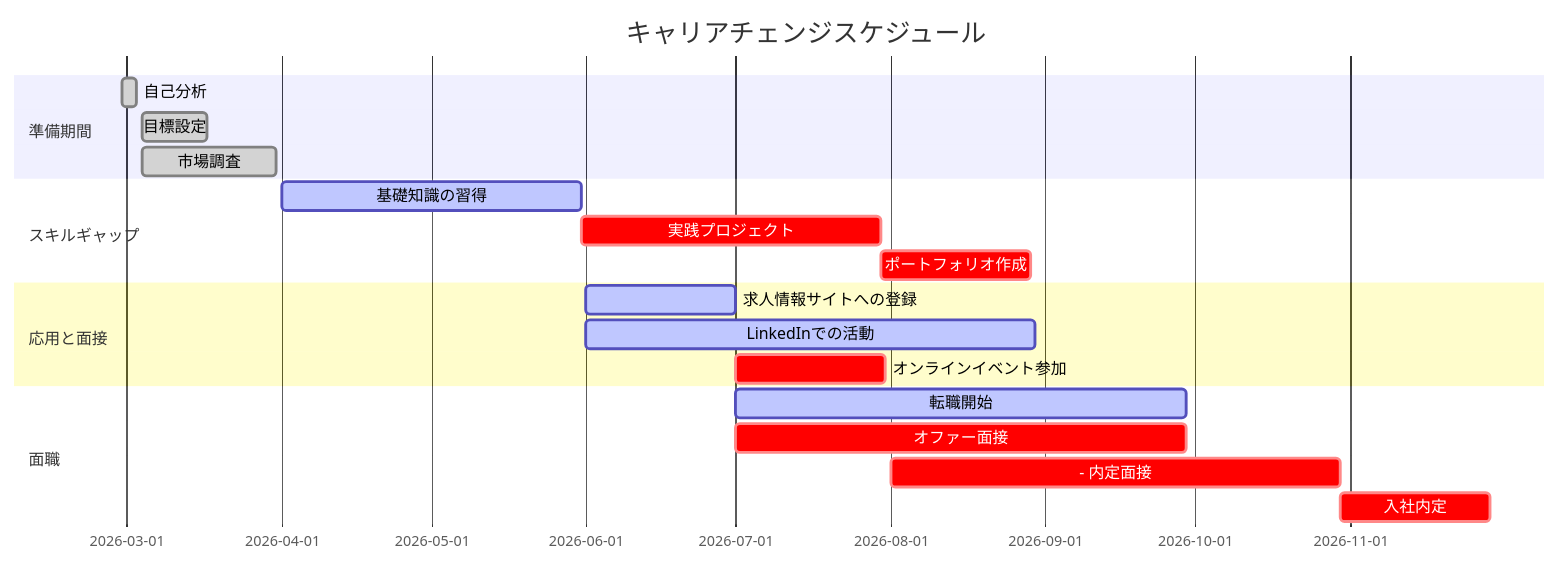
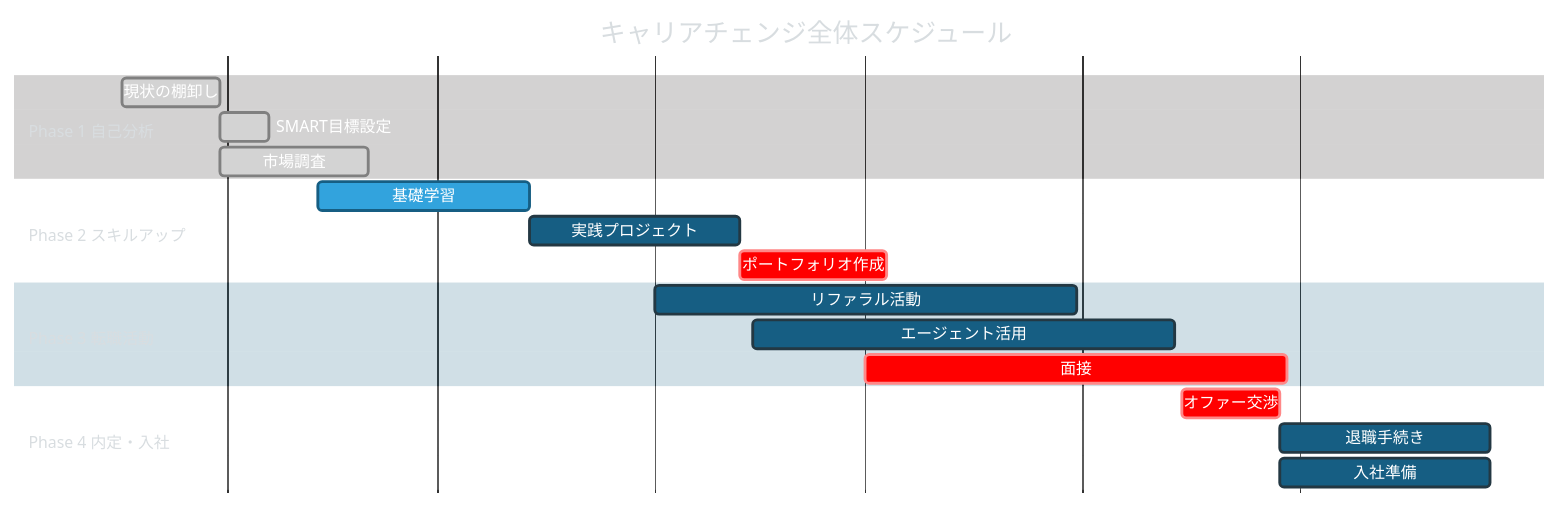
The second of 2 diagrams in content/blog/059-30s-career-change-guide.md (tndg16-bot/portfolio-site), drawn with Mermaid before and after one commit. The commit also changed other lines of this file and 11 other files, not shown here.

````diff
--- a/content/blog/059-30s-career-change-guide.md
+++ b/content/blog/059-30s-career-change-guide.md
@@ -196,26 +156,26 @@
 ```mermaid
+%%{init: {'theme': 'base', 'themeVariables': {'primaryColor': '#165E83', 'primaryTextColor': '#fff', 'lineColor': '#E6B422', 'secondaryColor': '#F0E8D6', 'tertiaryColor': '#27221F'}}}%%
 gantt
-    title キャリアチェンジスケジュール
+    title キャリアチェンジ全体スケジュール
     dateFormat  YYYY-MM-DD
 
-    section 準備期間
-    自己分析     :done, prep, 2026-02-28, 2026-03-03
-    目標設定     :done, goal, 2026-03-04, 2026-03-17
-    市場調査     :done, market, 2026-03-04, 2026-03-31
+    section Phase 1 自己分析
+    現状の棚卸し        :done, a1, 2026-03-17, 14d
+    SMART目標設定       :done, a2, after a1, 7d
+    市場調査            :done, a3, after a1, 21d
 
-    section スキルギャップ
-    基礎知識の習得 :active, skill1, 2026-04-01, 60d
-    実践プロジェクト :crit, skill2, after skill1, 60d
-    ポートフォリオ作成 :crit, pf, after skill2, 30d
+    section Phase 2 スキルアップ
+    基礎学習            :active, b1, 2026-04-14, 30d
+    実践プロジェクト      :b2, after b1, 30d
+    ポートフォリオ作成    :crit, b3, after b2, 21d
 
-    section 応用と面接
-    求人情報サイトへの登録 :active, apply, 2026-06-01, 30d
-    LinkedInでの活動 :active, network, 2026-06-01, 90d
-    オンラインイベント参加 :crit, event, after apply, 30d
+    section Phase 3 転職活動
+    リファラル活動       :c1, 2026-06-01, 60d
+    エージェント活用     :c2, 2026-06-15, 60d
+    面接                :crit, c3, 2026-07-01, 60d
 
-    section 面職
-    転職開始 :active, jobsearch, 2026-07-01, 90d
-    オファー面接 :crit, interview, 2026-07-01, 90d
-- 内定面接 :crit, internal, 2026-08-01, 90d
-    入社内定 :crit, offer, after internal, 30d
+    section Phase 4 内定・入社
+    オファー交渉        :crit, d1, 2026-08-15, 14d
+    退職手続き          :d2, after d1, 30d
+    入社準備            :d3, after d1, 30d
 ```
````
